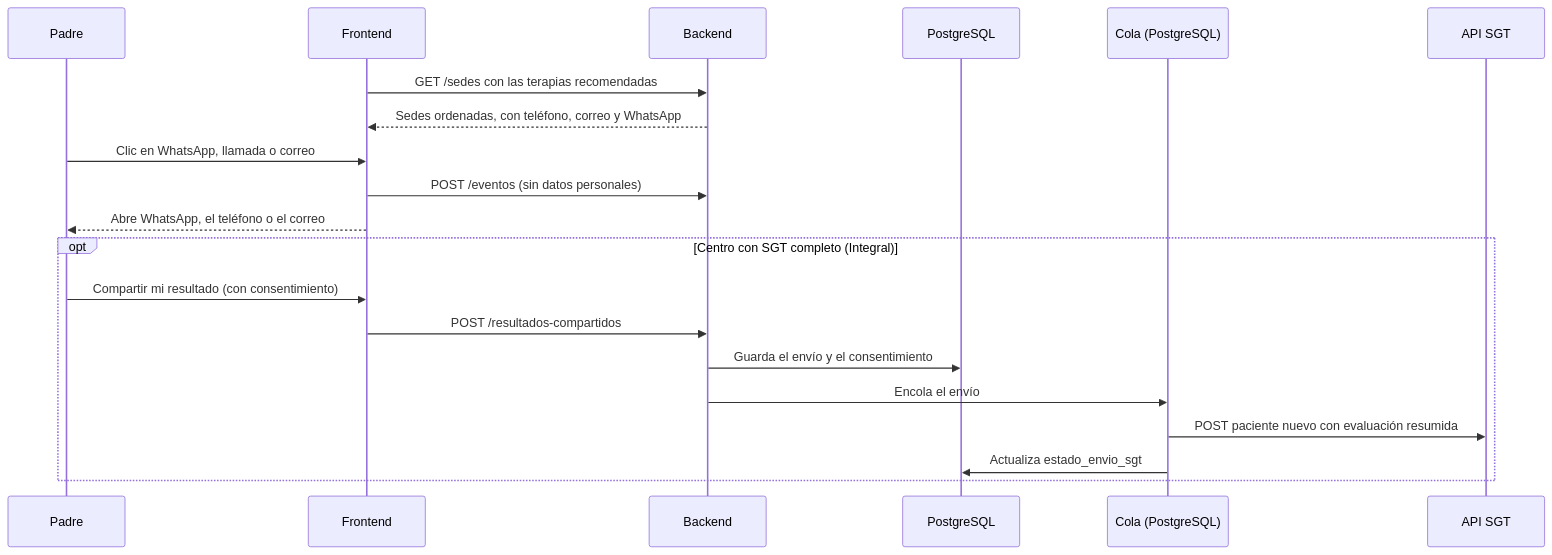
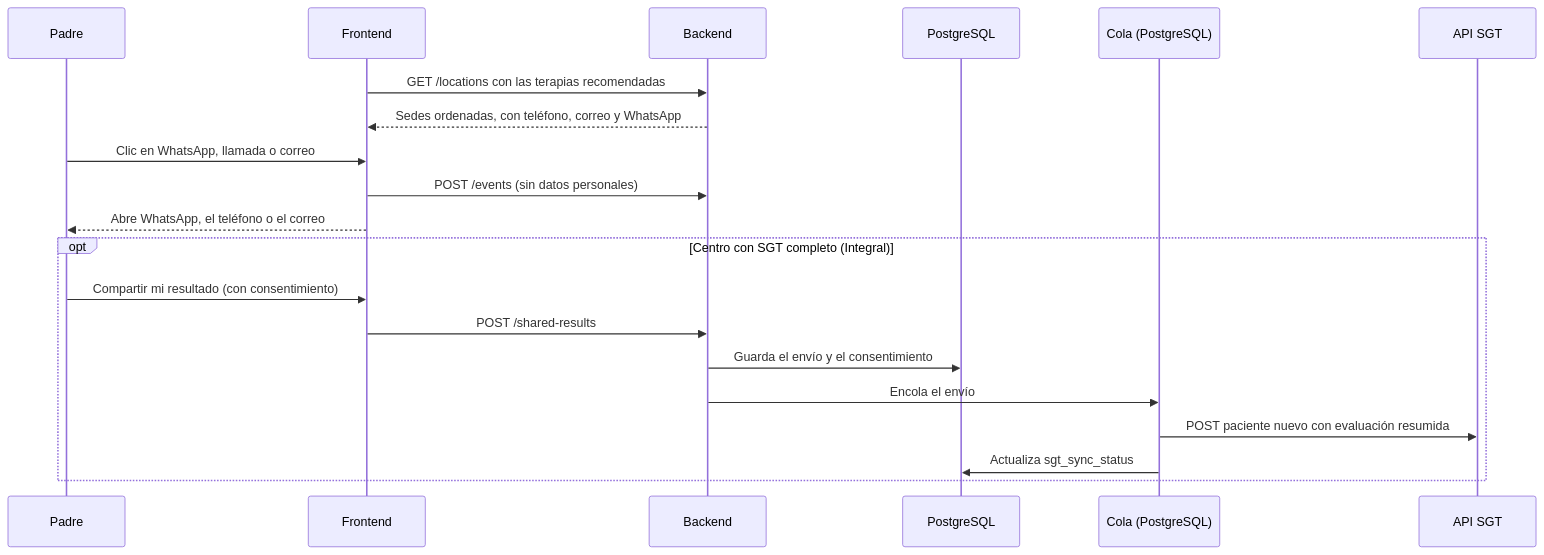
One commit to ErnestoSCL/neuroa-modelo-tamizaje changed the fifth of 6 diagrams in docs/arquitectura_conecta.md. Above: the diagram before and after it, drawn with Mermaid. The commit also changed other lines of this file and 1 other file, not shown here.

````diff
--- a/docs/arquitectura_conecta.md
+++ b/docs/arquitectura_conecta.md
@@ -365,22 +367,22 @@
 ```mermaid
 sequenceDiagram
     participant Pa as Padre
     participant W as Frontend
     participant A as Backend
     participant DB as PostgreSQL
     participant Q as Cola (PostgreSQL)
     participant S as API SGT
-    W->>A: GET /sedes con las terapias recomendadas
+    W->>A: GET /locations con las terapias recomendadas
     A-->>W: Sedes ordenadas, con teléfono, correo y WhatsApp
     Pa->>W: Clic en WhatsApp, llamada o correo
-    W->>A: POST /eventos (sin datos personales)
+    W->>A: POST /events (sin datos personales)
     W-->>Pa: Abre WhatsApp, el teléfono o el correo
     opt Centro con SGT completo (Integral)
         Pa->>W: Compartir mi resultado (con consentimiento)
-        W->>A: POST /resultados-compartidos
+        W->>A: POST /shared-results
         A->>DB: Guarda el envío y el consentimiento
         A->>Q: Encola el envío
         Q->>S: POST paciente nuevo con evaluación resumida
-        Q->>DB: Actualiza estado_envio_sgt
+        Q->>DB: Actualiza sgt_sync_status
     end
 ```
````
